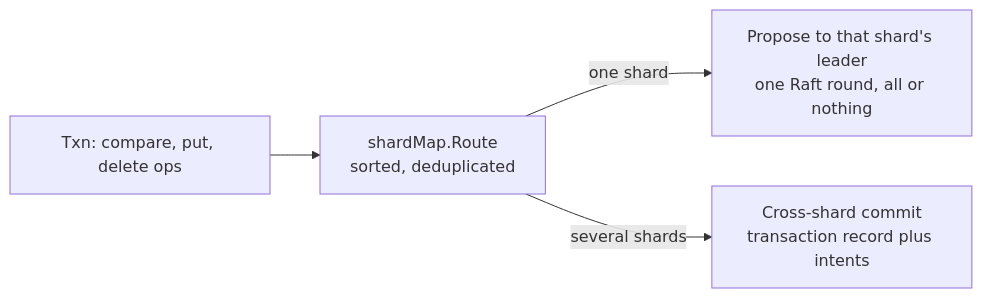
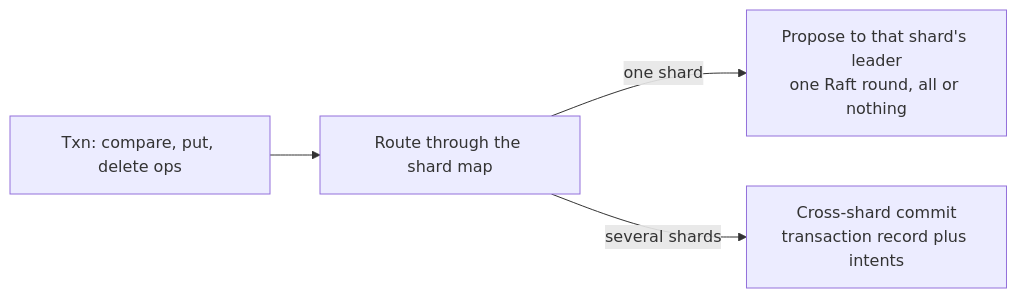
Before and after one commit to nvcnvn/rock-solid: the fourth of 6 diagrams in blogs/08-the-metastore.md, drawn with Mermaid. The commit also changed other lines of this file, not shown here.

````diff
--- a/blogs/08-the-metastore.md
+++ b/blogs/08-the-metastore.md
@@ -346,6 +309,6 @@
 ```mermaid
 flowchart LR
-    T["Txn: compare, put, delete ops"] --> R["shardMap.Route<br/>sorted, deduplicated"]
+    T["Txn: compare, put, delete ops"] --> R["Route through the shard map"]
     R -->|one shard| F["Propose to that shard's leader<br/>one Raft round, all or nothing"]
     R -->|several shards| S["Cross-shard commit<br/>transaction record plus intents"]
 ```
````
